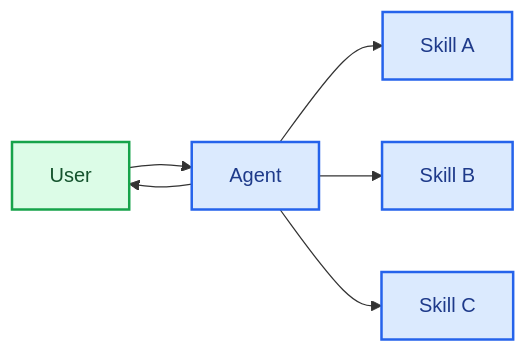
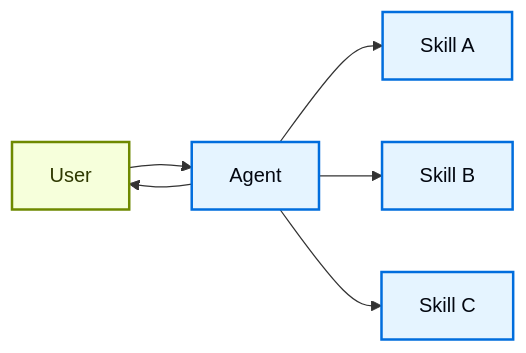
Before and after one commit to ActianCorp/langchain-ai-docs: the diagram in build/oss/javascript/langchain/multi-agent/skills.mdx, drawn with Mermaid. The commit also changed 2455 other files, not shown here.

````diff
--- a/build/oss/javascript/langchain/multi-agent/skills.mdx
+++ b/build/oss/javascript/langchain/multi-agent/skills.mdx
@@ -14,14 +14,14 @@
 ```mermaid
 graph LR
     A[User] --> B[Agent]
     B --> C[Skill A]
     B --> D[Skill B]
     B --> E[Skill C]
     B --> A
 
-    classDef trigger fill:#DCFCE7,stroke:#16A34A,stroke-width:2px,color:#14532D
-    classDef process fill:#DBEAFE,stroke:#2563EB,stroke-width:2px,color:#1E3A8A
+    classDef trigger fill:#F6FFDB,stroke:#6E8900,stroke-width:2px,color:#2E3900
+    classDef process fill:#E5F4FF,stroke:#006DDD,stroke-width:2px,color:#030710
 
     class A trigger
     class B,C,D,E process
 ```
````
